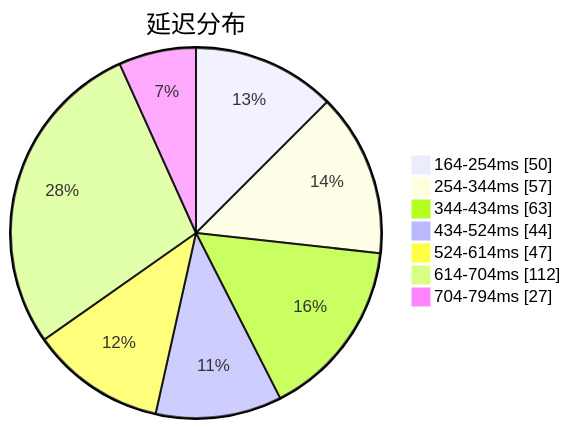
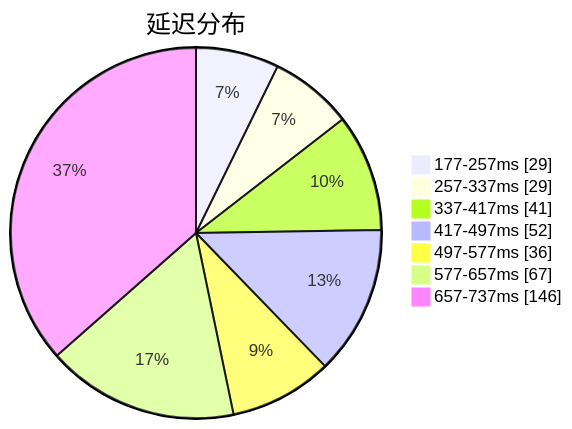
Before and after one commit to qjlxg/airport: the first of 3 diagrams in subs/statistics/tested_within.md, drawn with Mermaid. The commit also changed other lines of this file and 2 other files, not shown here.

````diff
--- a/subs/statistics/tested_within.md
+++ b/subs/statistics/tested_within.md
@@ -2,11 +2,11 @@
 ```mermaid
 pie showData
 title 延迟分布
-"164-254ms" : 50
-"254-344ms" : 57
-"344-434ms" : 63
-"434-524ms" : 44
-"524-614ms" : 47
-"614-704ms" : 112
-"704-794ms" : 27
+"177-257ms" : 29
+"257-337ms" : 29
+"337-417ms" : 41
+"417-497ms" : 52
+"497-577ms" : 36
+"577-657ms" : 67
+"657-737ms" : 146
 ```
````
